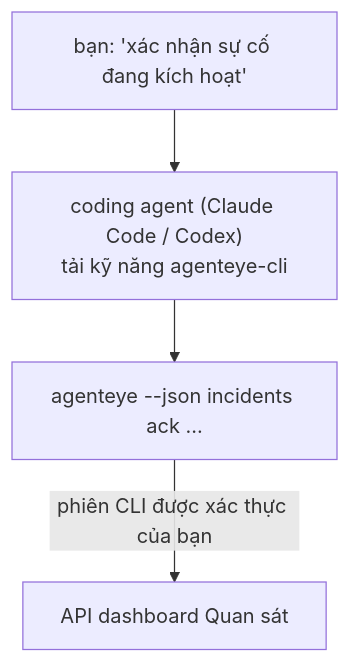
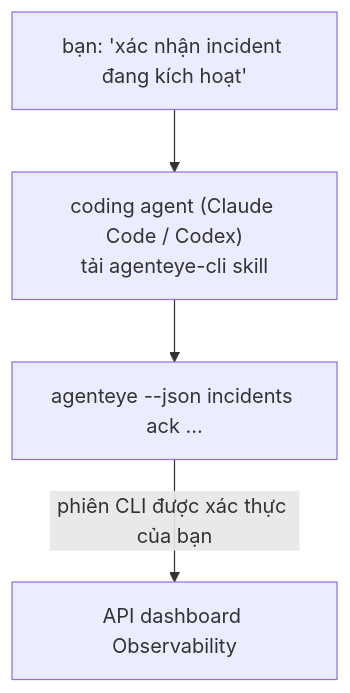
Before and after one commit to FailproofAI/failproofai: the diagram in docs/vi/agenteye/cli-skill.mdx, drawn with Mermaid. The commit also changed other lines of this file and 651 other files, not shown here.

````diff
--- a/docs/vi/agenteye/cli-skill.mdx
+++ b/docs/vi/agenteye/cli-skill.mdx
@@ -29,6 +28,6 @@
 ```mermaid
 flowchart TD
-    YOU["bạn: 'xác nhận sự cố đang kích hoạt'"] --> AGENT["coding agent (Claude Code / Codex)<br/>tải kỹ năng agenteye-cli"]
+    YOU["bạn: 'xác nhận incident đang kích hoạt'"] --> AGENT["coding agent (Claude Code / Codex)<br/>tải agenteye-cli skill"]
     AGENT --> CLI["agenteye --json incidents ack ..."]
-    CLI -->|phiên CLI được xác thực của bạn| API["API dashboard Quan sát"]
+    CLI -->|phiên CLI được xác thực của bạn| API["API dashboard Observability"]
 ```
````
